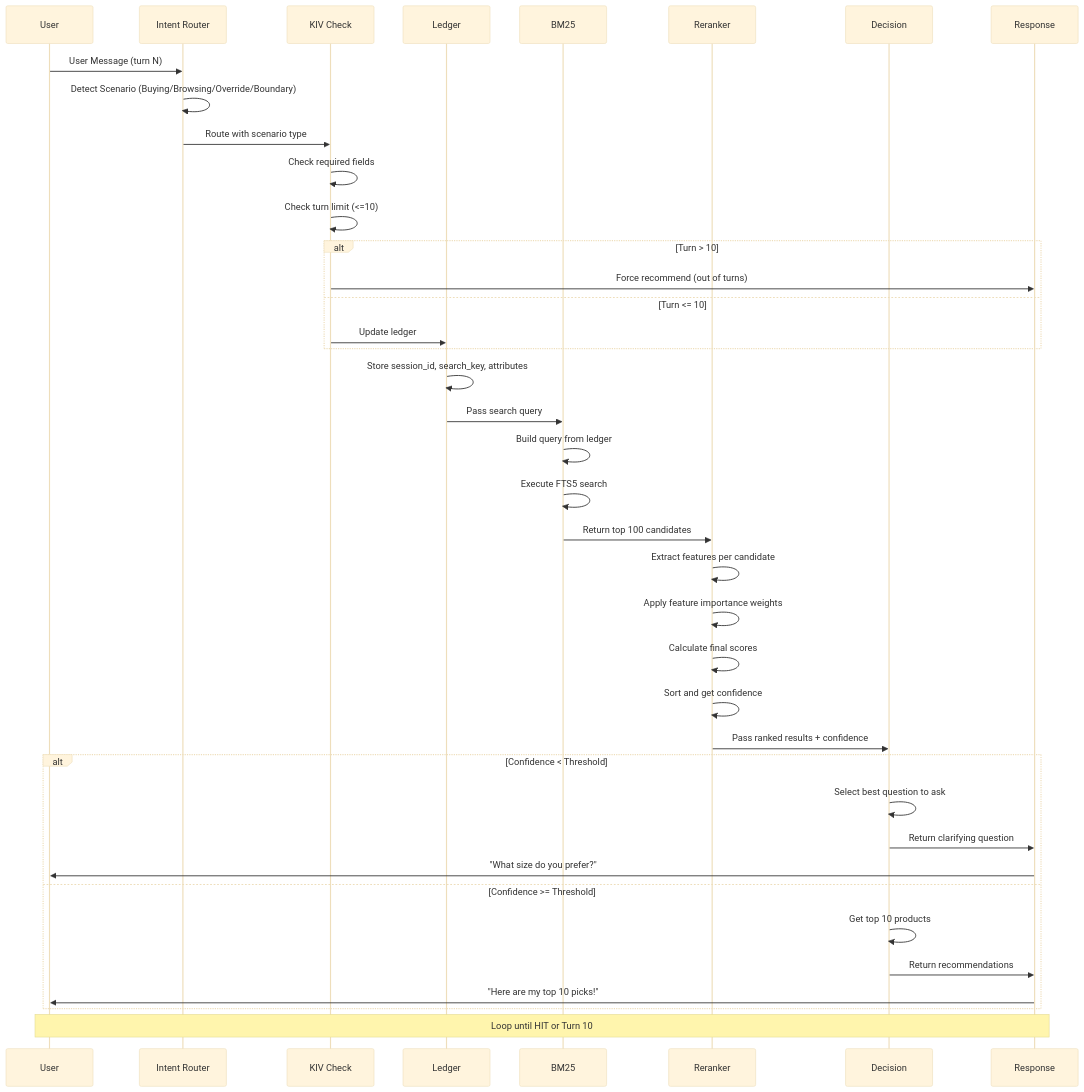
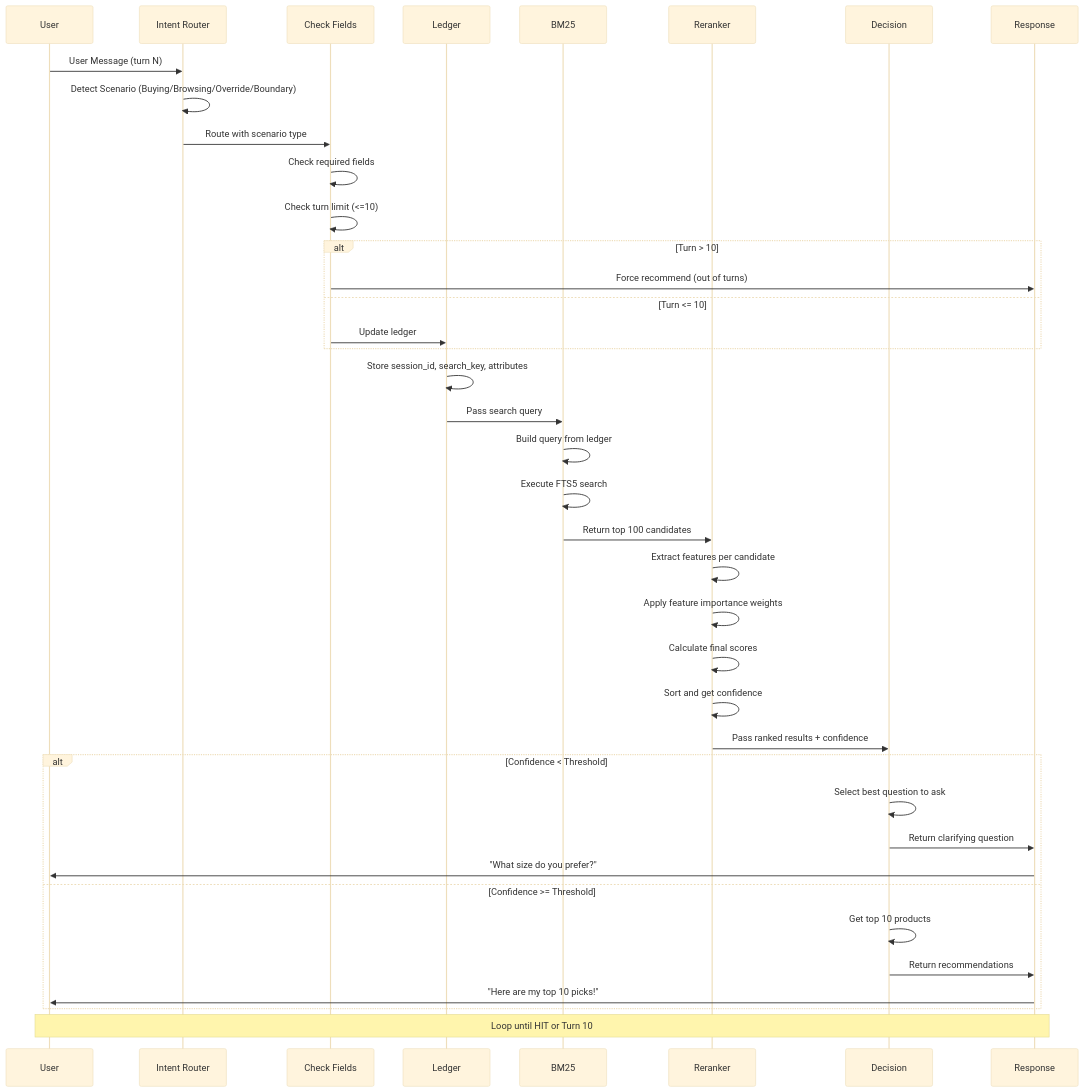
One commit to glentls/AI-Shopping-Copilot changed the third of 5 diagrams in docs/diagrams/architecture.md. Above: the diagram before and after it, drawn with Mermaid (base theme). The commit also changed other lines of this file and 3 other files, not shown here.

````diff
--- a/docs/diagrams/architecture.md
+++ b/docs/diagrams/architecture.md
@@ -158,49 +158,49 @@
 ```mermaid
 sequenceDiagram
     participant U as User
     participant IR as Intent Router
-    participant KIV as KIV Check
+    participant CF as Check Fields
     participant L as Ledger
     participant BM as BM25
     participant RR as Reranker
     participant DE as Decision
     participant R as Response
 
     U->>IR: User Message (turn N)
     IR->>IR: Detect Scenario (Buying/Browsing/Override/Boundary)
-    IR->>KIV: Route with scenario type
+    IR->>CF: Route with scenario type
     
-    KIV->>KIV: Check required fields
-    KIV->>KIV: Check turn limit (<=10)
+    CF->>CF: Check required fields
+    CF->>CF: Check turn limit (<=10)
     
     alt Turn > 10
-        KIV->>R: Force recommend (out of turns)
+        CF->>R: Force recommend (out of turns)
     else Turn <= 10
-        KIV->>L: Update ledger
+        CF->>L: Update ledger
     end
     
     L->>L: Store session_id, search_key, attributes
     L->>BM: Pass search query
     
     BM->>BM: Build query from ledger
     BM->>BM: Execute FTS5 search
     BM->>RR: Return top 100 candidates
     
     RR->>RR: Extract features per candidate
     RR->>RR: Apply feature importance weights
     RR->>RR: Calculate final scores
     RR->>RR: Sort and get confidence
     RR->>DE: Pass ranked results + confidence
     
     alt Confidence < Threshold
         DE->>DE: Select best question to ask
         DE->>R: Return clarifying question
         R->>U: "What size do you prefer?"
     else Confidence >= Threshold
         DE->>DE: Get top 10 products
         DE->>R: Return recommendations
         R->>U: "Here are my top 10 picks!"
     end
     
     Note over U,R: Loop until HIT or Turn 10
 ```
````
